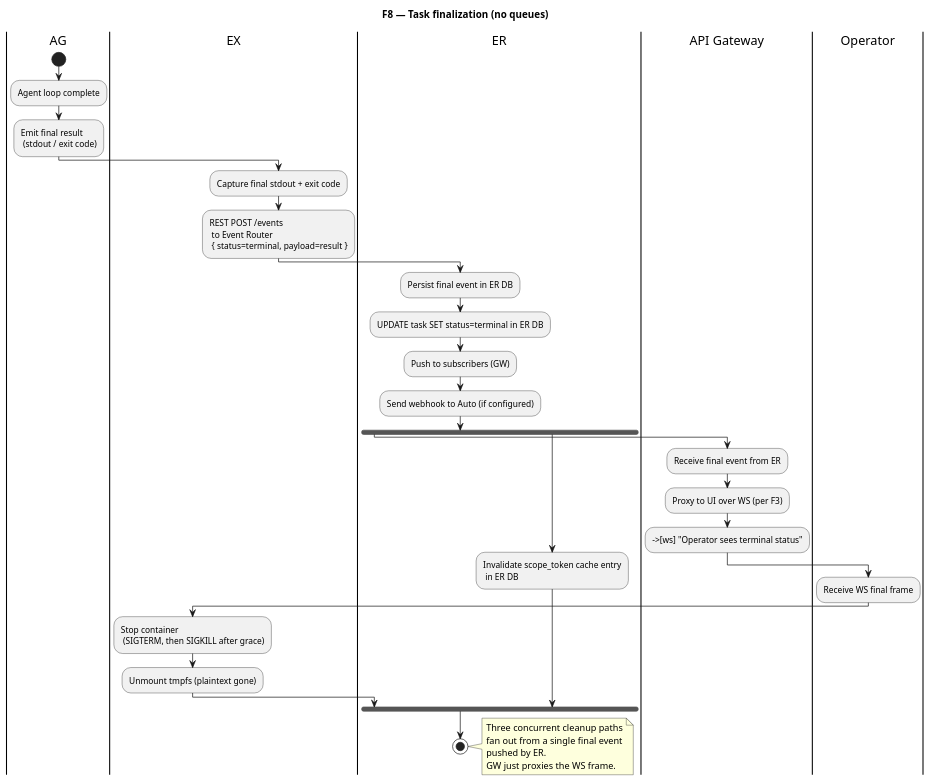
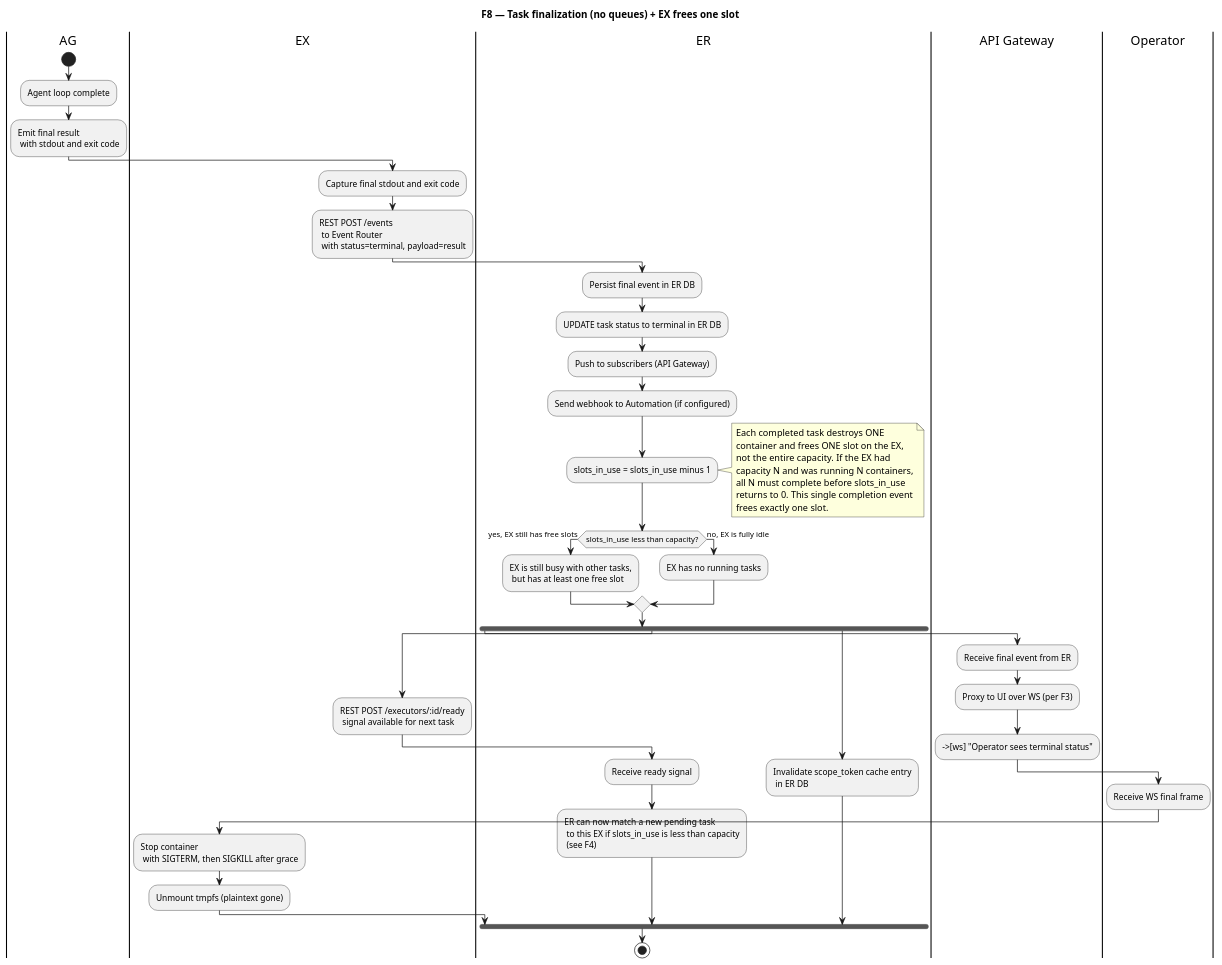
The diagram in docs/architecture/diagrams/f8-task-finalization.puml (pandops/flowai), drawn with PlantUML before and after one commit. The commit also changed 2 other files, not shown here.

Commit message:
docs(architecture): diagrams use 'concurrent containers' terminology
Mirror the capacity clarification in the diagrams:
- 04-sequence-task-lifecycle.puml: registration note now reads 'capacity = number of concurrent containers the executor can host. One container per task.'
- f4-event-router-dispatch.puml: dispatch note now reads 'EX can receive up to N dispatches in parallel. capacity is the number of concurrent containers: each task runs in its own container, and up to capacity containers can be live on the same executor at once.'
- f8-task-finalization.puml: completion note now reads 'Each completed task destroys ONE container and frees ONE slot on the EX.'

Ultraworked with [Sisyphus](https://github.com/code-yeongyu/oh-my-openagent)

```diff
--- a/docs/architecture/diagrams/f8-task-finalization.puml
+++ b/docs/architecture/diagrams/f8-task-finalization.puml
@@ -1,51 +1,73 @@
 @startuml f8-task-finalization
-title F8 — Task finalization (no queues)
+title F8 — Task finalization (no queues) + EX frees one slot
 
 |AG|
 start
 :Agent loop complete;
 :Emit final result
- (stdout / exit code);
+ with stdout and exit code;
 
 |EX|
-:Capture final stdout + exit code;
+:Capture final stdout and exit code;
 :REST POST /events
  to Event Router
- { status=terminal, payload=result };
+ with status=terminal, payload=result;
 
 |ER|
 :Persist final event in ER DB;
-:UPDATE task SET status=terminal in ER DB;
-:Push to subscribers (GW);
-:Send webhook to Auto (if configured);
+:UPDATE task status to terminal in ER DB;
+:Push to subscribers (API Gateway);
+:Send webhook to Automation (if configured);
+:slots_in_use = slots_in_use minus 1;
+
+note right
+  Each completed task destroys ONE
+  container and frees ONE slot on the EX,
+  not the entire capacity. If the EX had
+  capacity N and was running N containers,
+  all N must complete before slots_in_use
+  returns to 0. This single completion event
+  frees exactly one slot.
+end note
+
+if (slots_in_use less than capacity?) then (yes, EX still has free slots)
+  :EX is still busy with other tasks,
+   but has at least one free slot;
+else (no, EX is fully idle)
+  :EX has no running tasks;
+endif
 
 fork
   |API Gateway|
   :Receive final event from ER;
   :Proxy to UI over WS (per F3);
   -->[ws] "Operator sees terminal status"
 
   |Operator|
   :Receive WS final frame;
 
   |EX|
   :Stop container
-   (SIGTERM, then SIGKILL after grace);
+   with SIGTERM, then SIGKILL after grace;
   :Unmount tmpfs (plaintext gone);
+
+fork again
+  |EX|
+  :REST POST /executors/:id/ready
+   signal available for next task;
+
+  |ER|
+  :Receive ready signal;
+  :ER can now match a new pending task
+   to this EX if slots_in_use is less than capacity
+   (see F4);
 
 fork again
   |ER|
   :Invalidate scope_token cache entry
    in ER DB;
 end fork
 
 stop
 
-note right
-  Three concurrent cleanup paths
-  fan out from a single final event
-  pushed by ER.
-  GW just proxies the WS frame.
-end note
-
 @enduml
```
